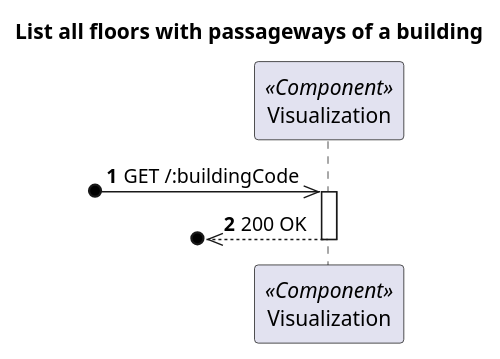
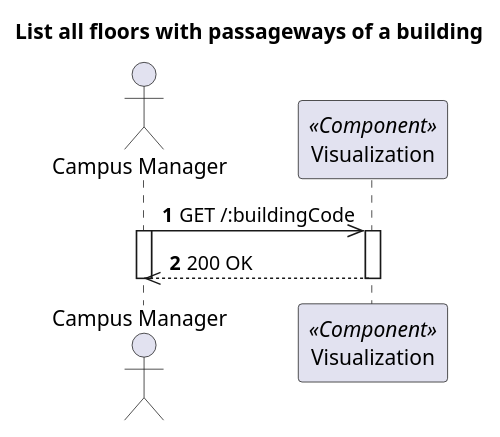
Before and after one commit to 1210910/lapr5: the diagram in docs/VistaProcesso/US220(1200)/Visualization/ProcessView_Level2_US1200.puml, drawn with PlantUML. The commit also changed 14 other files, not shown here.

Commit message:
Fixed diagrams (actor)

```diff
--- a/docs/VistaProcesso/US220(1200)/Visualization/ProcessView_Level2_US1200.puml
+++ b/docs/VistaProcesso/US220(1200)/Visualization/ProcessView_Level2_US1200.puml
@@ -1,18 +1,21 @@
 @startuml Process View - Level 2 - List all floors with passageways of a building
 'https://plantuml.com/sequence-diagram
 
 autonumber
 
 skinparam packageStyle rect
 
 title List all floors with passageways of a building
 
+actor "Campus Manager" as CM
 participant "Visualization" as V <<Component>>
 
-?o->> V : GET /:buildingCode
+CM->> V : GET /:buildingCode
 
+activate CM
 activate V
-?o<<--- V : 200 OK
+CM<<--- V : 200 OK
 deactivate V
+deactivate CM
 
 @enduml
```
